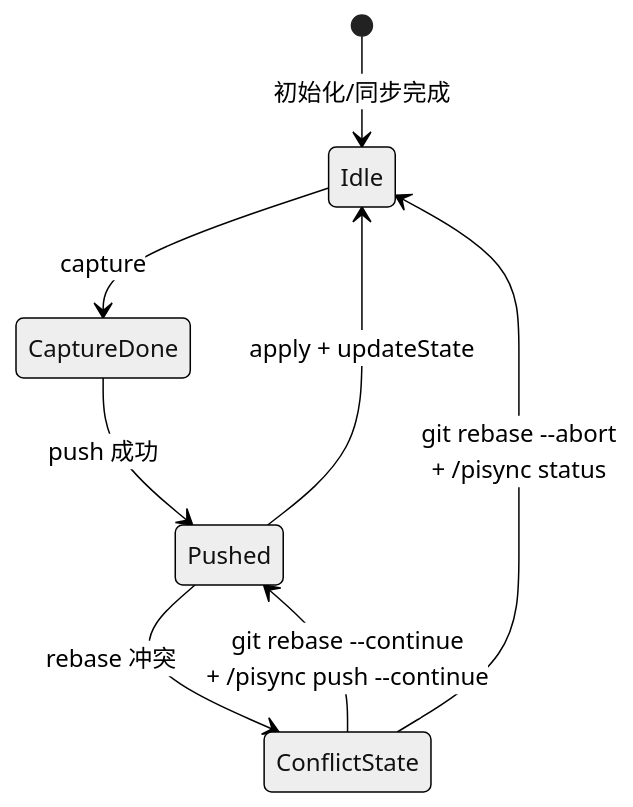
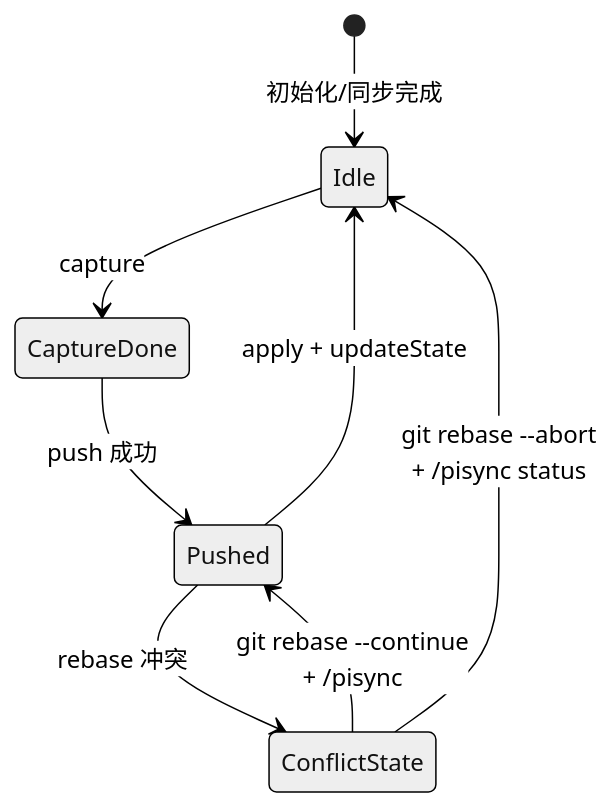
One commit to jachy-h/pi-git-sync changed the third of 12 diagrams in docs/architecture.md. Above: the diagram before and after it, drawn with Mermaid (neutral theme). The commit also changed other lines of this file and 19 other files, not shown here.

````diff
--- a/docs/architecture.md
+++ b/docs/architecture.md
@@ -334,10 +334,10 @@
 ```mermaid
 stateDiagram-v2
     [*] --> Idle: 初始化/同步完成
     Idle --> CaptureDone: capture
     CaptureDone --> Pushed: push 成功
     Pushed --> Idle: apply + updateState
     Pushed --> ConflictState: rebase 冲突
-    ConflictState --> Pushed: git rebase --continue<br/>+ /pisync push --continue
+    ConflictState --> Pushed: git rebase --continue<br/>+ /pisync
     ConflictState --> Idle: git rebase --abort<br/>+ /pisync status
 ```
````
